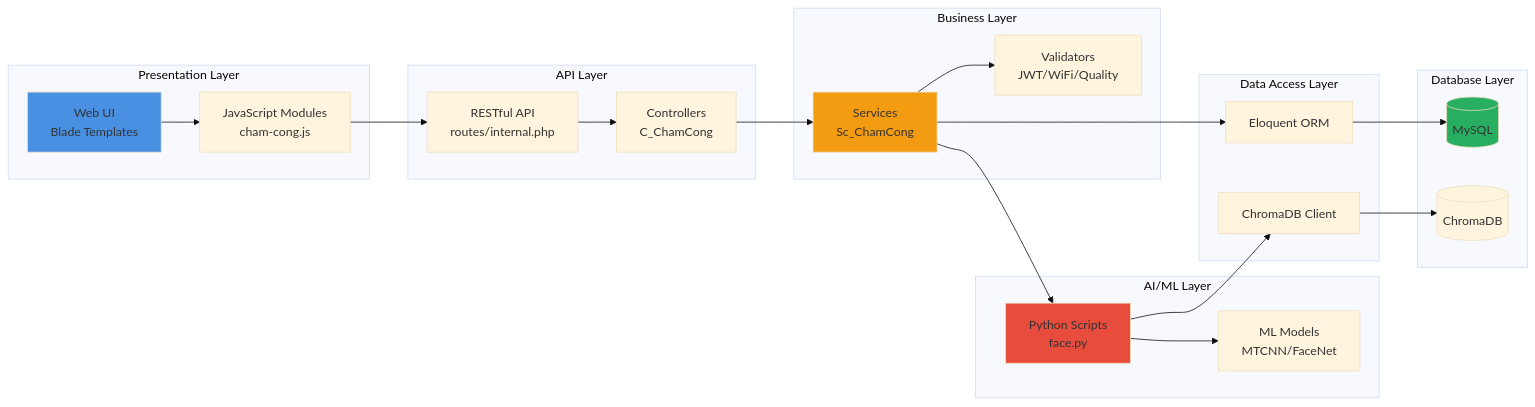
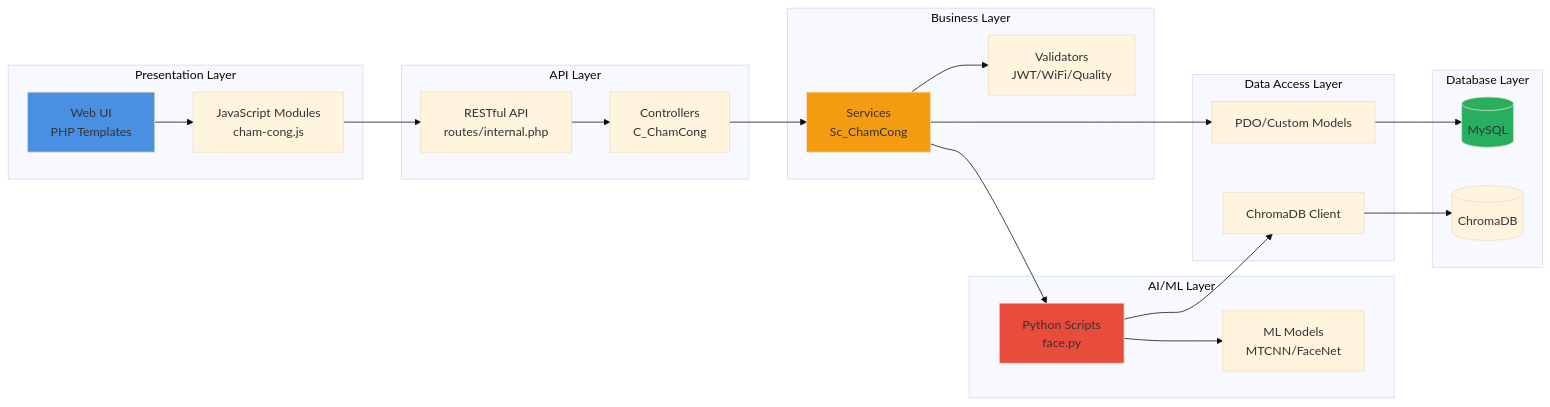
Before and after one commit to iuh21004175/EPIC--Theater-chain-management-system-NGINX-: the second of 12 diagrams in doc/TAI_LIEU_CHAM_CONG.md, drawn with Mermaid (base theme). The commit also changed other lines of this file, not shown here.

````diff
--- a/doc/TAI_LIEU_CHAM_CONG.md
+++ b/doc/TAI_LIEU_CHAM_CONG.md
@@ -89,42 +89,42 @@
 ```mermaid
 graph LR
     subgraph "Presentation Layer"
-        UI[Web UI<br/>Blade Templates]
+        UI[Web UI<br/>PHP Templates]
         JS[JavaScript Modules<br/>cham-cong.js]
     end
     
     subgraph "API Layer"
         REST[RESTful API<br/>routes/internal.php]
         CTRL[Controllers<br/>C_ChamCong]
     end
     
     subgraph "Business Layer"
         SVC[Services<br/>Sc_ChamCong]
         VALID[Validators<br/>JWT/WiFi/Quality]
     end
     
     subgraph "AI/ML Layer"
         PY[Python Scripts<br/>face.py]
         ML[ML Models<br/>MTCNN/FaceNet]
     end
     
     subgraph "Data Access Layer"
-        ORM[Eloquent ORM]
+        PDO[PDO/Custom Models]
         CHROMA[ChromaDB Client]
     end
     
     subgraph "Database Layer"
         SQL[(MySQL)]
         VECTOR[(ChromaDB)]
     end
     
     UI --> JS --> REST --> CTRL --> SVC --> VALID
     SVC --> PY --> ML
-    SVC --> ORM --> SQL
+    SVC --> PDO --> SQL
     PY --> CHROMA --> VECTOR
     
     style UI fill:#4a90e2
     style SVC fill:#f39c12
     style PY fill:#e74c3c
     style SQL fill:#27ae60
 ```
````
